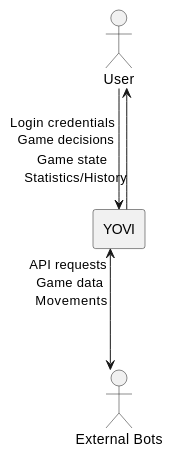
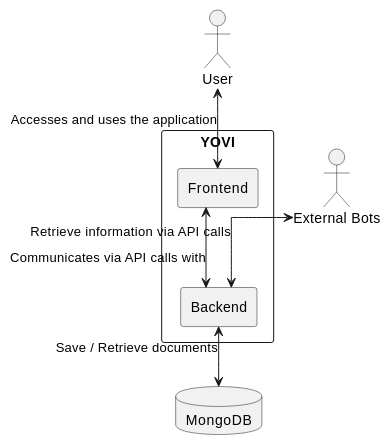
One commit to Arquisoft/yovi_en3a changed the first of 2 diagrams in docs/src/03_context_and_scope.adoc. Above: the diagram before and after it, drawn with PlantUML. The commit also changed other lines of this file and 3 other files, not shown here.

```diff
--- a/docs/src/03_context_and_scope.adoc
+++ b/docs/src/03_context_and_scope.adoc
@@ -34,17 +34,18 @@
 [plantuml, "Business context",png]
 ----
 skinparam linetype ortho
 
 actor User
 actor "External Bots" as Bots
+database "MongoDB" as DB
 
-rectangle YOVI as YOVI
+rectangle "YOVI" {
+    rectangle "Frontend" as Frontend
+    rectangle "Backend" as Backend
+}
 
-User -[hidden]-> YOVI
-YOVI -[hidden]-> Bots
-
-User ---> YOVI : Login credentials \n Game decisions
-YOVI ---> User : Game state \n Statistics/History 
-
-Bots <---> YOVI : API requests \n Game data \n Movements
+User <--> Frontend : Accesses and uses the application
+Frontend <--> Backend : Communicates via API calls with
+Backend <--> DB : Save / Retrieve documents
+Bots <--> Backend : Retrieve information via API calls
 ----
```
